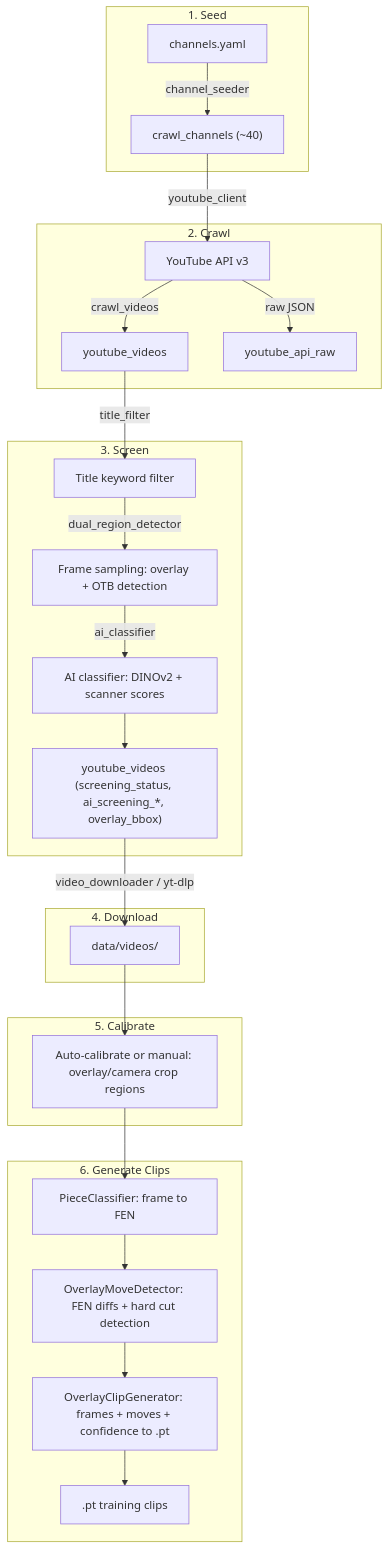
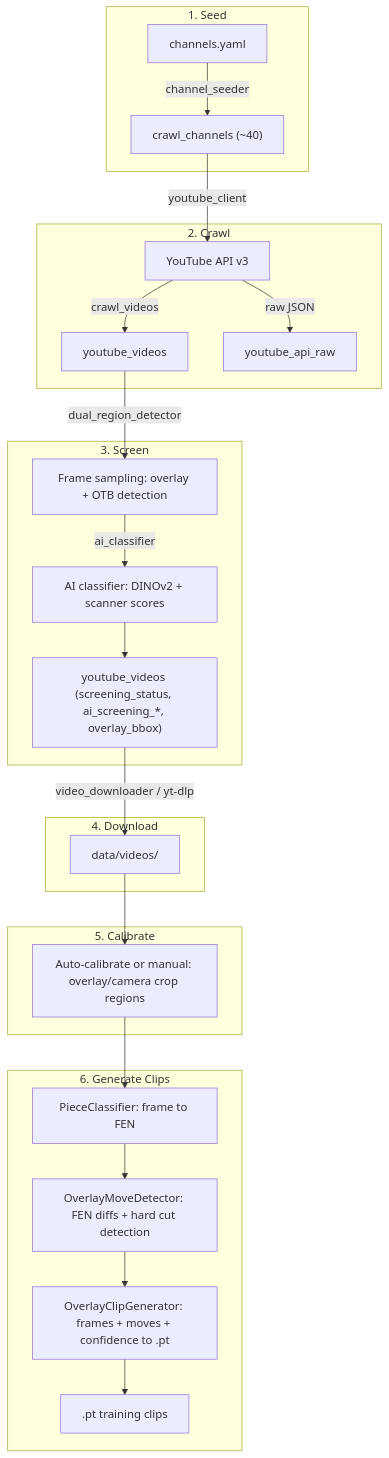
One commit to dscape/argus changed the third of 8 diagrams in README.md. Above: the diagram before and after it, drawn with Mermaid. The commit also changed other lines of this file and 22 other files, not shown here.

````diff
--- a/README.md
+++ b/README.md
@@ -214,34 +214,33 @@
 ```mermaid
 graph TD
     subgraph "1. Seed"
         CH[channels.yaml] -->|channel_seeder| DB_CH["crawl_channels (~40)"]
     end
 
     subgraph "2. Crawl"
         DB_CH -->|youtube_client| YT[YouTube API v3]
         YT -->|crawl_videos| DB_V[youtube_videos]
         YT -->|raw JSON| DB_R[youtube_api_raw]
     end
 
     subgraph "3. Screen"
-        DB_V -->|title_filter| TF[Title keyword filter]
-        TF -->|dual_region_detector| DRD["Frame sampling: overlay + OTB detection"]
+        DB_V -->|dual_region_detector| DRD["Frame sampling: overlay + OTB detection"]
         DRD -->|ai_classifier| AI["AI classifier: DINOv2 + scanner scores"]
         AI --> DB_S["youtube_videos (screening_status, ai_screening_*, overlay_bbox)"]
     end
 
     subgraph "4. Download"
         DB_S -->|video_downloader / yt-dlp| VID["data/videos/"]
     end
 
     subgraph "5. Calibrate"
         VID --> CAL["Auto-calibrate or manual: overlay/camera crop regions"]
     end
 
     subgraph "6. Generate Clips"
         CAL --> READ["PieceClassifier: frame to FEN"]
         READ --> MOVE["OverlayMoveDetector: FEN diffs + hard cut detection"]
         MOVE --> CLIP["OverlayClipGenerator: frames + moves + confidence to .pt"]
         CLIP --> PT[.pt training clips]
     end
 ```
````
